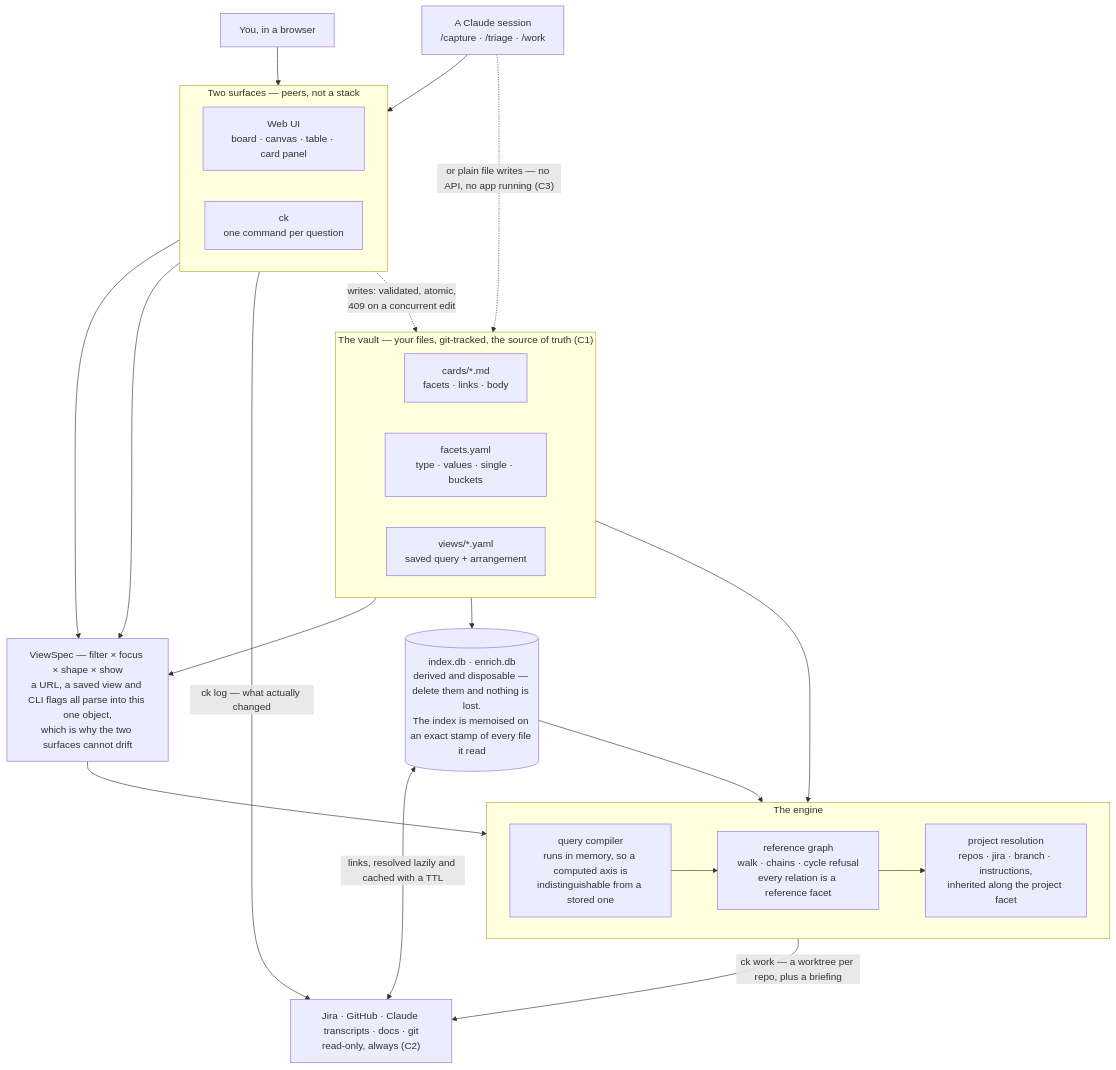
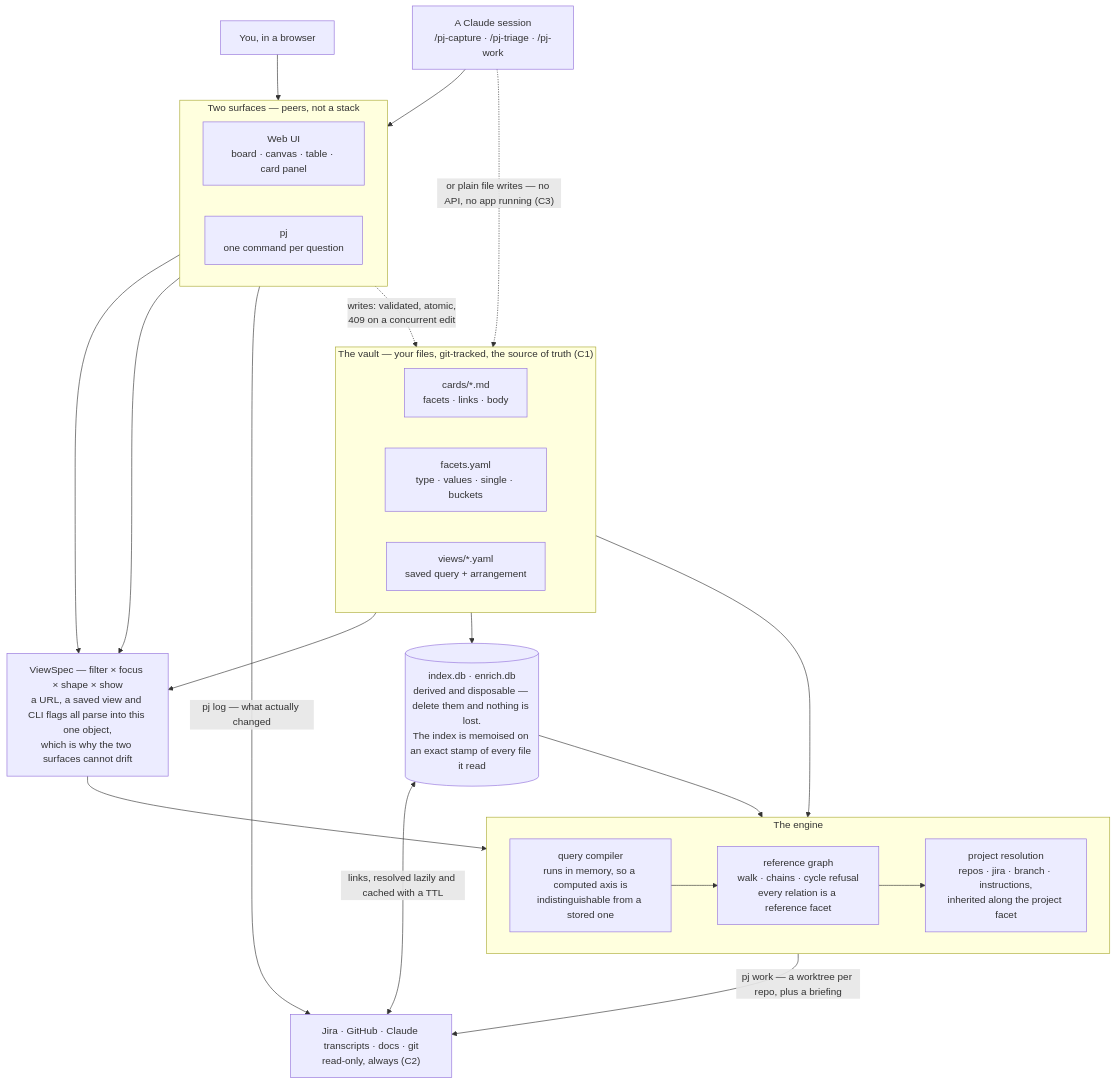
Before and after one commit to kramar42/projector: the diagram in ARCHITECTURE.md, drawn with Mermaid. The commit also changed other lines of this file and 41 other files, not shown here.

````diff
--- a/ARCHITECTURE.md
+++ b/ARCHITECTURE.md
@@ -27,50 +27,50 @@
 ```mermaid
 flowchart TB
   subgraph vault["The vault — your files, git-tracked, the source of truth (C1)"]
     direction LR
     cards["cards/*.md<br/>facets · links · body"]
     fac["facets.yaml<br/>type · values · single · buckets"]
     vw["views/*.yaml<br/>saved query + arrangement"]
   end
 
   you["You, in a browser"]
-  agent["A Claude session<br/>/capture · /triage · /work"]
+  agent["A Claude session<br/>/pj-capture · /pj-triage · /pj-work"]
 
   subgraph surfaces["Two surfaces — peers, not a stack"]
     direction LR
     ui["Web UI<br/>board · canvas · table · card panel"]
-    ck["ck<br/>one command per question"]
+    pj["pj<br/>one command per question"]
   end
 
   idx[("index.db · enrich.db<br/>derived and disposable — delete them and nothing is lost.<br/>The index is memoised on an exact stamp of every file it read")]
 
   spec["ViewSpec — filter × focus × shape × show<br/>a URL, a saved view and CLI flags all parse into this one object,<br/>which is why the two surfaces cannot drift"]
 
   subgraph engine["The engine"]
     direction LR
     q["query compiler<br/>runs in memory, so a computed axis is<br/>indistinguishable from a stored one"]
     refs["reference graph<br/>walk · chains · cycle refusal<br/>every relation is a reference facet"]
     proj["project resolution<br/>repos · jira · branch · instructions,<br/>inherited along the project facet"]
   end
 
   outside["Jira · GitHub · Claude transcripts · docs · git<br/>read-only, always (C2)"]
 
   you --> ui
-  agent --> ck
+  agent --> pj
   vault --> idx
   vw --> spec
   ui --> spec
-  ck --> spec
+  pj --> spec
   fac --> q
   spec --> q
   idx --> q
   q --> refs
   refs --> proj
 
   surfaces -.->|"writes: validated, atomic,<br/>409 on a concurrent edit"| cards
   agent -.->|"or plain file writes — no API, no app running (C3)"| cards
 
   idx <-->|"links, resolved lazily and cached with a TTL"| outside
-  proj -->|"ck work — a worktree per repo, plus a briefing"| outside
-  ck -->|"ck log — what actually changed"| outside
+  proj -->|"pj work — a worktree per repo, plus a briefing"| outside
+  pj -->|"pj log — what actually changed"| outside
 ```
````
